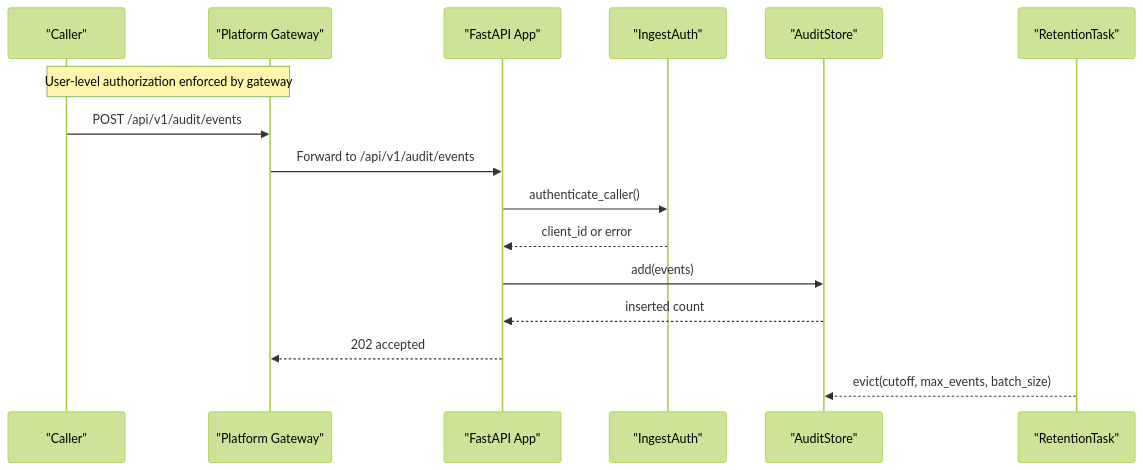
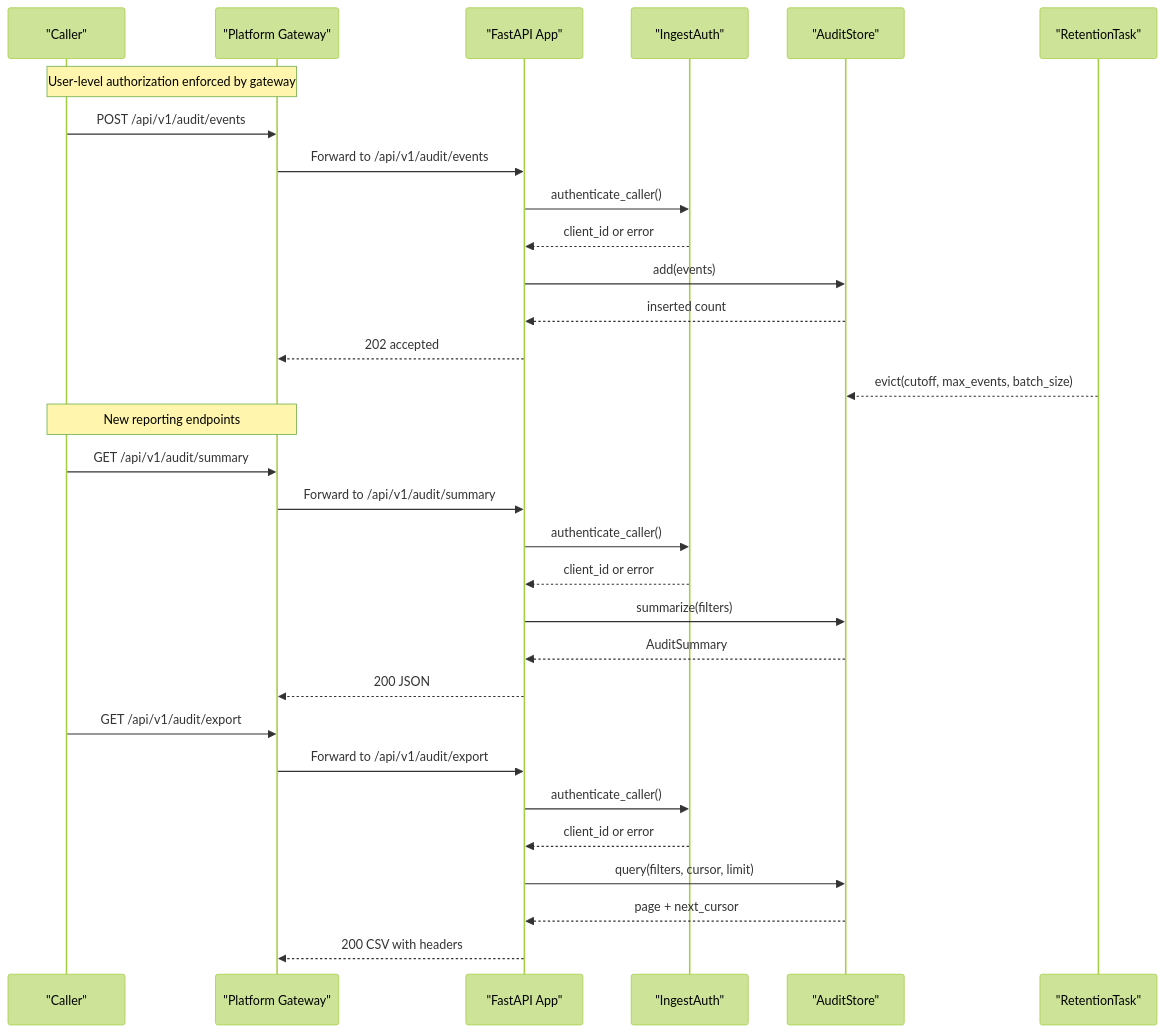
The second of 13 diagrams in .qoder/repowiki/en/content/Architecture Documentation/Audit Service Product.md (metasync/luban-aiops), drawn with Mermaid (forest theme) before and after one commit. The commit also changed other lines of this file and 4 other files, not shown here.

````diff
--- a/.qoder/repowiki/en/content/Architecture Documentation/Audit Service Product.md
+++ b/.qoder/repowiki/en/content/Architecture Documentation/Audit Service Product.md
@@ -142,18 +166,33 @@
 ```mermaid
 sequenceDiagram
 participant Client as "Caller"
 participant GW as "Platform Gateway"
 participant App as "FastAPI App"
 participant Auth as "IngestAuth"
 participant Store as "AuditStore"
 participant Ret as "RetentionTask"
 Note over Client,GW : User-level authorization enforced by gateway
 Client->>GW : POST /api/v1/audit/events
 GW->>App : Forward to /api/v1/audit/events
 App->>Auth : authenticate_caller()
 Auth-->>App : client_id or error
 App->>Store : add(events)
 Store-->>App : inserted count
 App-->>GW : 202 accepted
 Ret-->>Store : evict(cutoff, max_events, batch_size)
+Note over Client,GW : New reporting endpoints
+Client->>GW : GET /api/v1/audit/summary
+GW->>App : Forward to /api/v1/audit/summary
+App->>Auth : authenticate_caller()
+Auth-->>App : client_id or error
+App->>Store : summarize(filters)
+Store-->>App : AuditSummary
+App-->>GW : 200 JSON
+Client->>GW : GET /api/v1/audit/export
+GW->>App : Forward to /api/v1/audit/export
+App->>Auth : authenticate_caller()
+Auth-->>App : client_id or error
+App->>Store : query(filters, cursor, limit)
+Store-->>App : page + next_cursor
+App-->>GW : 200 CSV with headers
 ```
````
